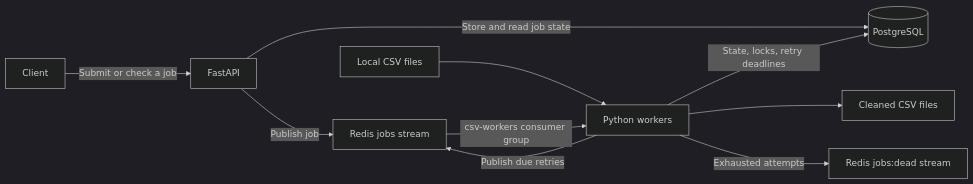
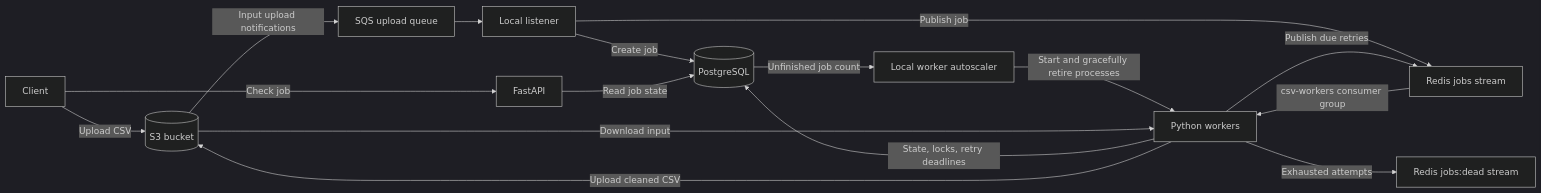
One commit to joellkebret/distributed-job-queue changed the diagram in README.md. Above: the diagram before and after it, drawn with Mermaid (dark theme). The commit also changed other lines of this file and 8 other files, not shown here.

Commit message:
Scale workers based on queued processing jobs, remove POST /jobs and instead use SQS to listen for .csv creation in s3

````diff
--- a/README.md
+++ b/README.md
@@ -15,12 +16,18 @@
 ```mermaid
 flowchart LR
-    Client -->|Submit or check a job| API[FastAPI]
-    API -->|Store and read job state| DB[(PostgreSQL)]
-    API -->|Publish job| Queue[Redis jobs stream]
+    Client -->|Upload CSV| S3[(S3 bucket)]
+    S3 -->|Input upload notifications| SQS[SQS upload queue]
+    SQS --> Listener[Local listener]
+    Listener -->|Create job| DB[(PostgreSQL)]
+    Listener -->|Publish job| Queue[Redis jobs stream]
+    Client -->|Check job| API[FastAPI]
+    API -->|Read job state| DB
     Queue -->|csv-workers consumer group| Workers[Python workers]
     Workers -->|State, locks, retry deadlines| DB
+    DB -->|Unfinished job count| Autoscaler[Local worker autoscaler]
+    Autoscaler -->|Start and gracefully retire processes| Workers
     Workers -->|Publish due retries| Queue
-    CSV[Local CSV files] --> Workers
-    Workers --> Output[Cleaned CSV files]
+    S3 -->|Download input| Workers
+    Workers -->|Upload cleaned CSV| S3
     Workers -->|Exhausted attempts| DLQ[Redis jobs:dead stream]
 ```
````
